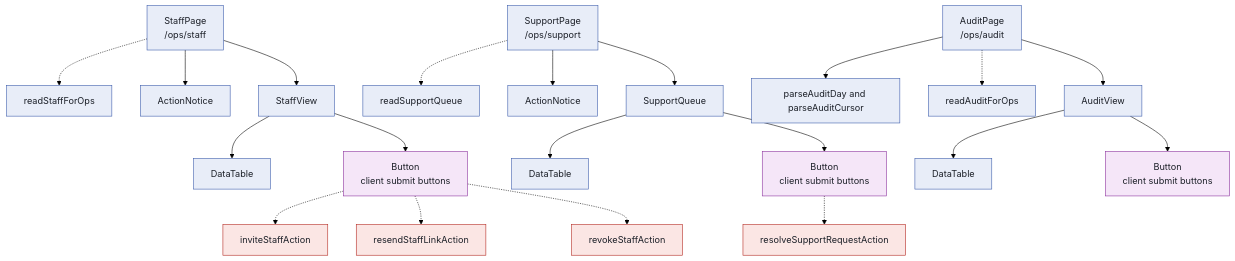
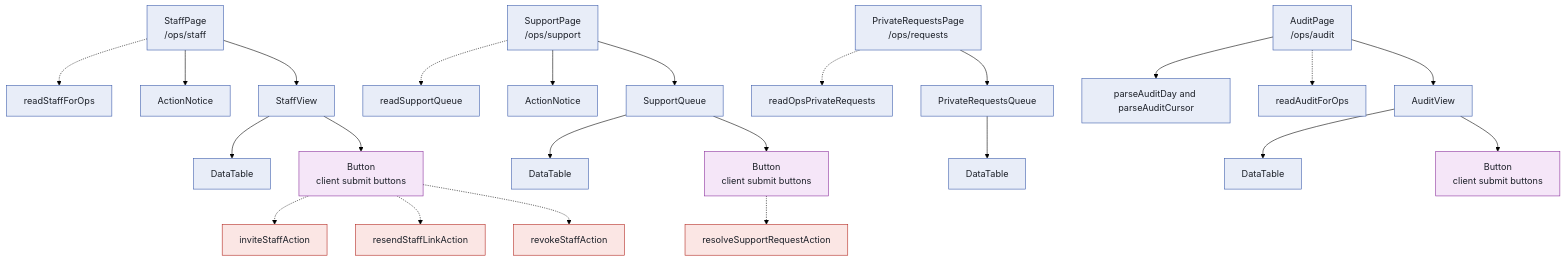
One commit to defaultdave/ramble changed the seventh of 7 diagrams in src/app/(ops)/README.md. Above: the diagram before and after it, drawn with Mermaid (forest theme). The commit also changed other lines of this file and 17 other files, not shown here.

First line of the commit message:
U-083b: Private requests queue

````diff
--- a/src/app/(ops)/README.md
+++ b/src/app/(ops)/README.md
@@ -543,49 +543,56 @@
 ```mermaid
 flowchart TD
     st["StaffPage<br/>/ops/staff"]:::server
     rs["readStaffForOps"]:::server
     an1["ActionNotice"]:::server
     sv["StaffView"]:::server
     dt1["DataTable"]:::server
     btn1["Button<br/>client submit buttons"]:::client
     isa["inviteStaffAction"]:::action
     rsl["resendStaffLinkAction"]:::action
     rvs["revokeStaffAction"]:::action
     su["SupportPage<br/>/ops/support"]:::server
     rsq["readSupportQueue"]:::server
     an2["ActionNotice"]:::server
     sq["SupportQueue"]:::server
     dt2["DataTable"]:::server
     btn2["Button<br/>client submit buttons"]:::client
     rsr["resolveSupportRequestAction"]:::action
+    rq["PrivateRequestsPage<br/>/ops/requests"]:::server
+    rrq["readOpsPrivateRequests"]:::server
+    pq["PrivateRequestsQueue"]:::server
+    dt4["DataTable"]:::server
     au["AuditPage<br/>/ops/audit"]:::server
     pad["parseAuditDay and parseAuditCursor"]:::server
     rau["readAuditForOps"]:::server
     av["AuditView"]:::server
     dt3["DataTable"]:::server
     btn3["Button<br/>client submit buttons"]:::client
     st -.-> rs
     st --> an1
     st --> sv
     sv --> dt1
     sv --> btn1
     btn1 -.-> isa
     btn1 -.-> rsl
     btn1 -.-> rvs
     su -.-> rsq
     su --> an2
     su --> sq
     sq --> dt2
     sq --> btn2
     btn2 -.-> rsr
+    rq -.-> rrq
+    rq --> pq
+    pq --> dt4
     au --> pad
     au -.-> rau
     au --> av
     av --> dt3
     av --> btn3
     classDef server fill:#e8edf8,stroke:#3b5bab,color:#1b1f27
     classDef cached fill:#e2f3f0,stroke:#0f7a6c,color:#1b1f27
     classDef streamed fill:#fbefdc,stroke:#a3610a,color:#1b1f27
     classDef client fill:#f5e6f8,stroke:#8a2f9c,color:#1b1f27
     classDef action fill:#fbe6e4,stroke:#b3261e,color:#1b1f27
 ```
````
